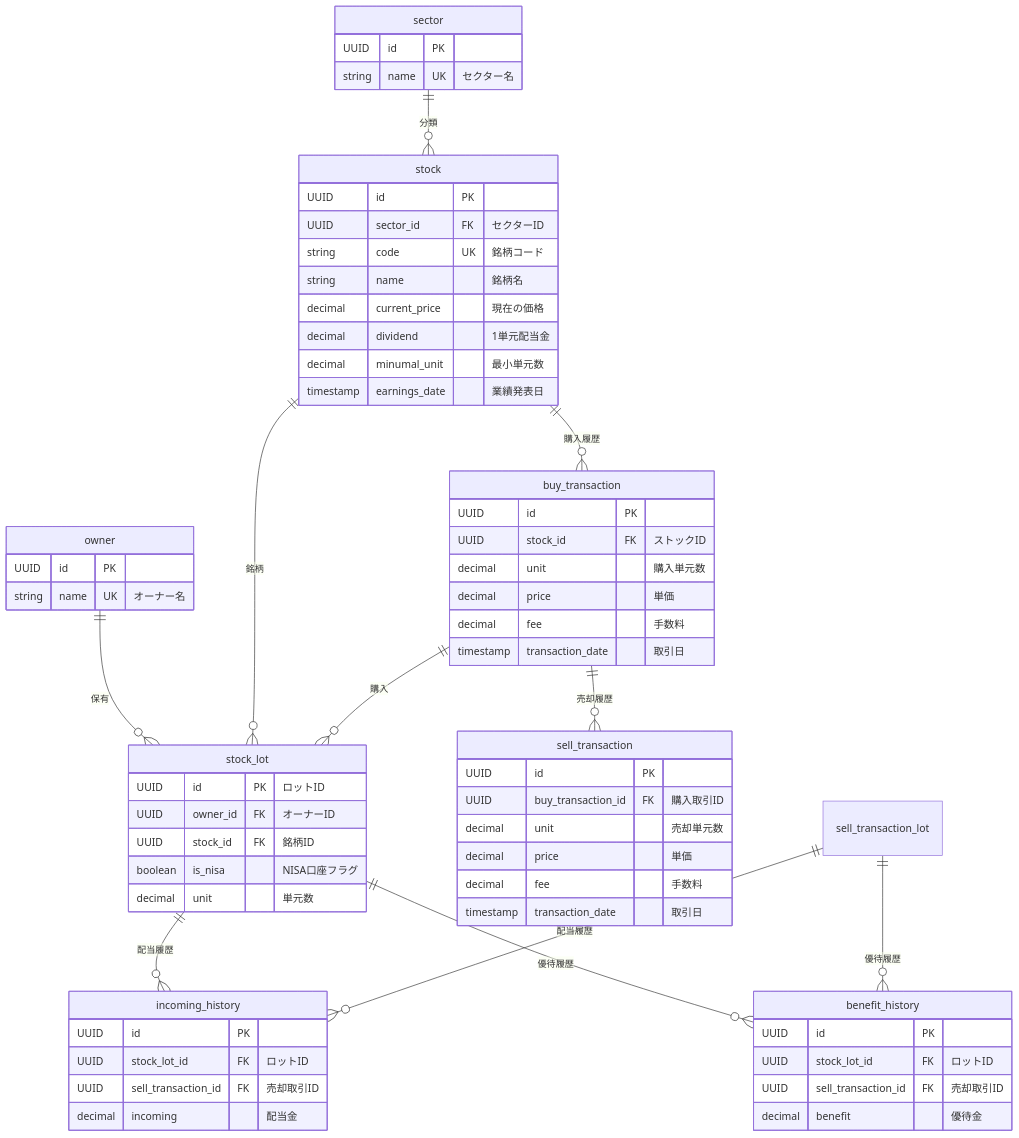
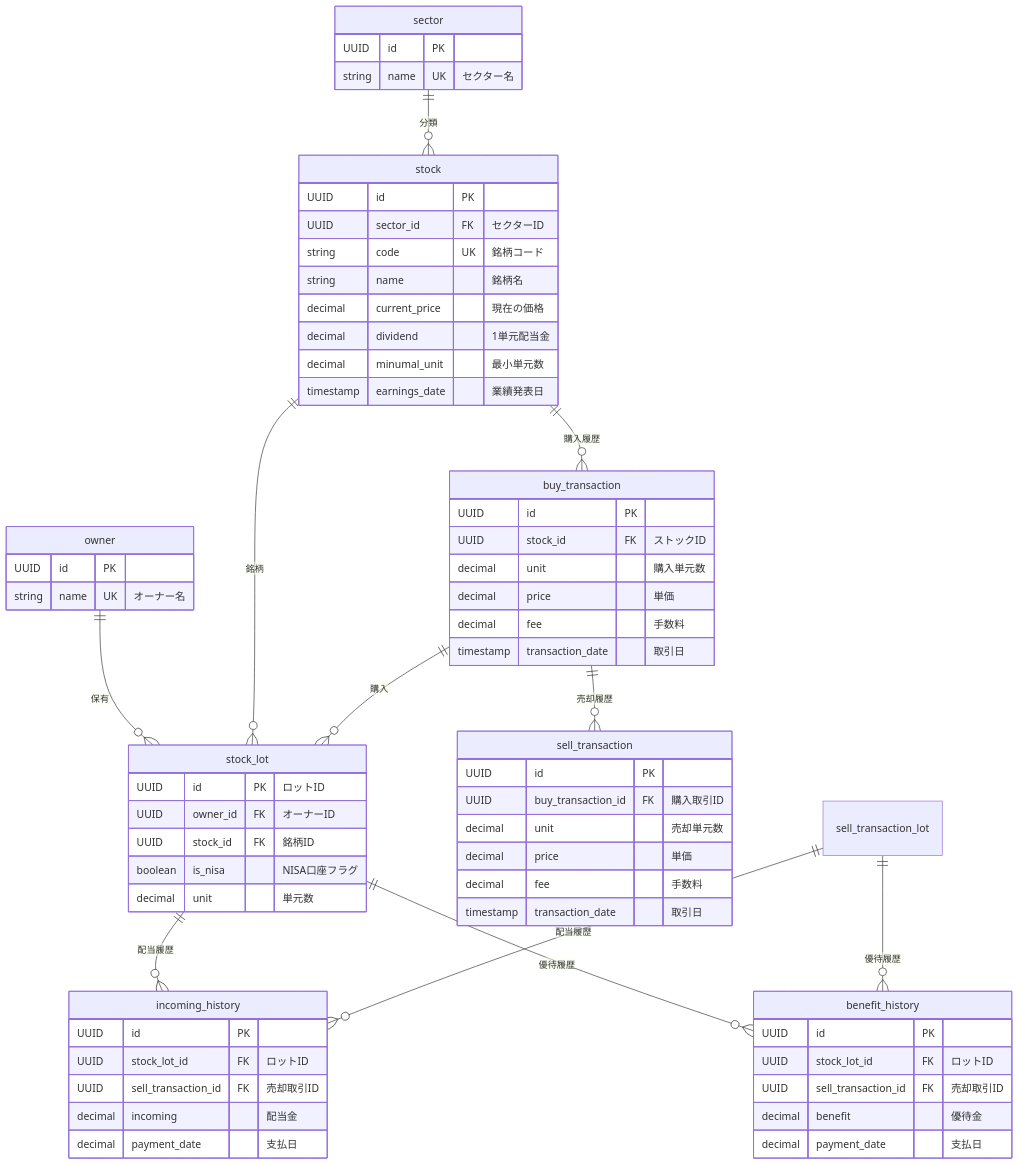
One commit to ijikeman/StockManager changed the diagram in ER.md. Above: the diagram before and after it, drawn with Mermaid. The commit also changed 5 other files, not shown here.

````diff
--- a/ER.md
+++ b/ER.md
@@ -15,73 +15,75 @@
 ```mermaid
 erDiagram
     stock {
         UUID id PK
         UUID sector_id FK "セクターID"
         string code UK "銘柄コード"
         string name "銘柄名"
         decimal current_price "現在の価格"
         decimal dividend "1単元配当金"
         decimal minumal_unit "最小単元数"
         timestamp earnings_date "業績発表日"
     }
     
     stock_lot {
         UUID id PK "ロットID"
         UUID owner_id FK "オーナーID"
         UUID stock_id FK "銘柄ID" 
         boolean is_nisa "NISA口座フラグ"
         decimal unit "単元数"
     }
     
     buy_transaction {
         UUID id PK
         UUID stock_id FK "ストックID"
         decimal unit "購入単元数"
         decimal price "単価"
         decimal fee "手数料"
         timestamp transaction_date "取引日"
     }
 
     sell_transaction {
         UUID id PK
         UUID buy_transaction_id FK "購入取引ID"
         decimal unit "売却単元数"
         decimal price "単価"
         decimal fee "手数料"
         timestamp transaction_date "取引日"
     }
 
     incoming_history {
         UUID id PK
         UUID stock_lot_id FK "ロットID"
         UUID sell_transaction_id FK "売却取引ID"
         decimal incoming "配当金"
+        decimal payment_date "支払日"
     }
 
     benefit_history {
         UUID id PK
         UUID stock_lot_id FK "ロットID"
         UUID sell_transaction_id FK "売却取引ID"
         decimal benefit "優待金"
+        decimal payment_date "支払日"
     }
 
     owner {
         UUID id PK
         string name UK "オーナー名"
     }
 
     sector {
         UUID id PK
         string name UK "セクター名"
     }
     owner ||--o{ stock_lot : "保有"
     stock ||--o{ stock_lot : "銘柄"
     stock ||--o{ buy_transaction : "購入履歴"
     stock_lot ||--o{ incoming_history : "配当履歴"
     buy_transaction ||--o{ sell_transaction : "売却履歴"
     sell_transaction_lot ||--o{ incoming_history : "配当履歴"
     stock_lot ||--o{ benefit_history : "優待履歴"
     sell_transaction_lot ||--o{ benefit_history : "優待履歴"
     sector ||--o{ stock : "分類"
     buy_transaction ||--o{ stock_lot : "購入"
 ```
````
